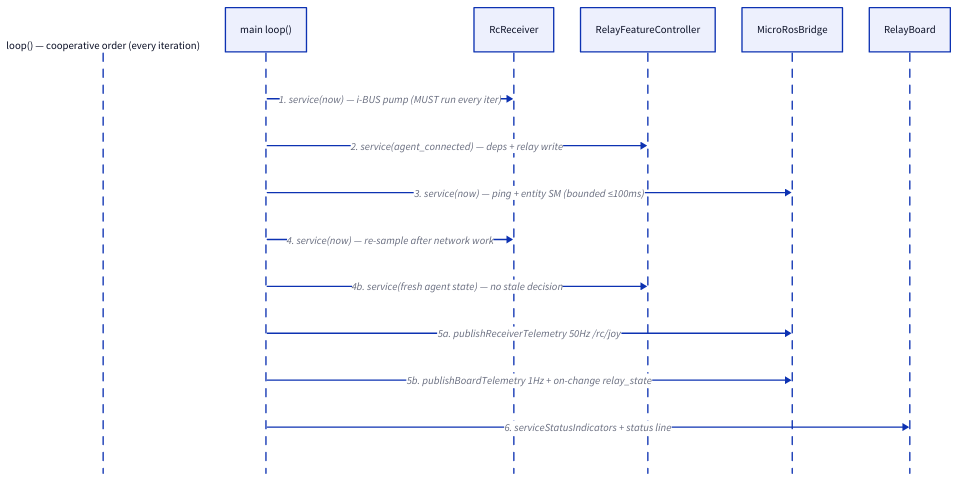
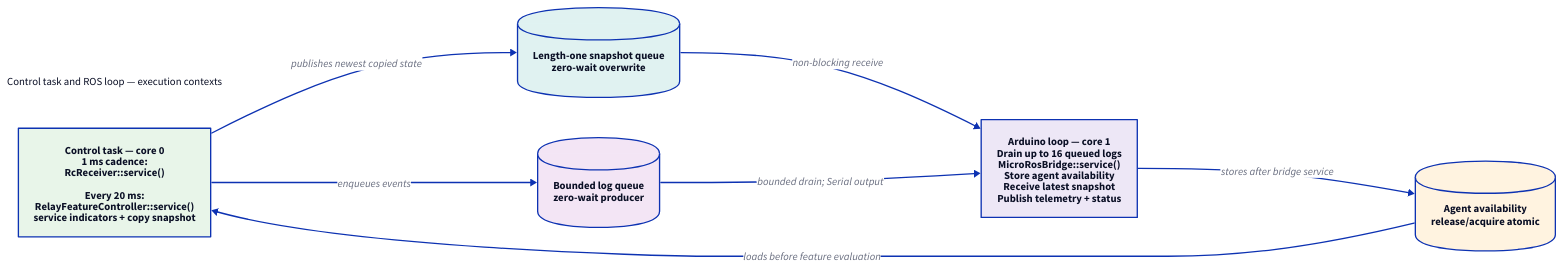
The diagram in docs/diagrams/04-cooperative-loop.d2 (Aeolus96/karr-safety-core), drawn with D2 before and after one commit. The commit also changed 31 other files, not shown here.

Commit message:
Working Baseline: Most relay features verified with hardware and code is now separated by function. Small bugs and fixes still needed but this is a solid bench tested baseline to work from.

```diff
--- a/docs/diagrams/04-cooperative-loop.d2
+++ b/docs/diagrams/04-cooperative-loop.d2
@@ -1,22 +1,38 @@
-# Cooperative loop() — order matters. See loop() at bottom of src/main.cpp.
-# D2 sequence diagram: actors with shape: sequence_diagram.
-shape: sequence_diagram
+# Application execution contexts and cross-task handoffs.
+direction: right
 
-title: "loop() — cooperative order (every iteration)" {
+title: "Control task and ROS loop — execution contexts" {
   shape: text
 }
 
-main: "main loop()"
-rc: "RcReceiver"
-feat: "RelayFeatureController"
-bridge: "MicroRosBridge"
-board: "RelayBoard"
+control: "Control task — core 0\n1 ms cadence:\nRcReceiver::service()\n\nEvery 20 ms:\nRelayFeatureController::service()\nservice indicators + copy snapshot" {
+  shape: rectangle
+  style.fill: "#e8f5e9"
+}
 
-main -> rc: "1. service(now) — i-BUS pump (MUST run every iter)"
-main -> feat: "2. service(agent_connected) — deps + relay write"
-main -> bridge: "3. service(now) — ping + entity SM (bounded ≤100ms)"
-main -> rc: "4. service(now) — re-sample after network work"
-main -> feat: "4b. service(fresh agent state) — no stale decision"
-main -> bridge: "5a. publishReceiverTelemetry 50Hz /rc/joy"
-main -> bridge: "5b. publishBoardTelemetry 1Hz + on-change relay_state"
-main -> board: "6. serviceStatusIndicators + status line"
+rosloop: "Arduino loop — core 1\nDrain up to 16 queued logs\nMicroRosBridge::service()\nStore agent availability\nReceive latest snapshot\nPublish telemetry + status" {
+  shape: rectangle
+  style.fill: "#ede7f6"
+}
+
+snapshot: "Length-one snapshot queue\nzero-wait overwrite" {
+  shape: cylinder
+  style.fill: "#e0f2f1"
+}
+
+logs: "Bounded log queue\nzero-wait producer" {
+  shape: cylinder
+  style.fill: "#f3e5f5"
+}
+
+agent: "Agent availability\nrelease/acquire atomic" {
+  shape: cylinder
+  style.fill: "#fff3e0"
+}
+
+control -> snapshot: "publishes newest copied state"
+snapshot -> rosloop: "non-blocking receive"
+control -> logs: "enqueues events"
+logs -> rosloop: "bounded drain; Serial output"
+rosloop -> agent: "stores after bridge service"
+agent -> control: "loads before feature evaluation"
```
